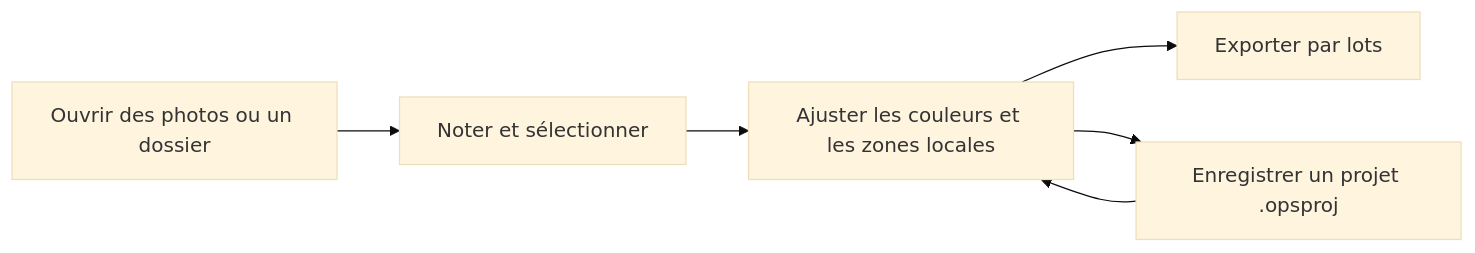
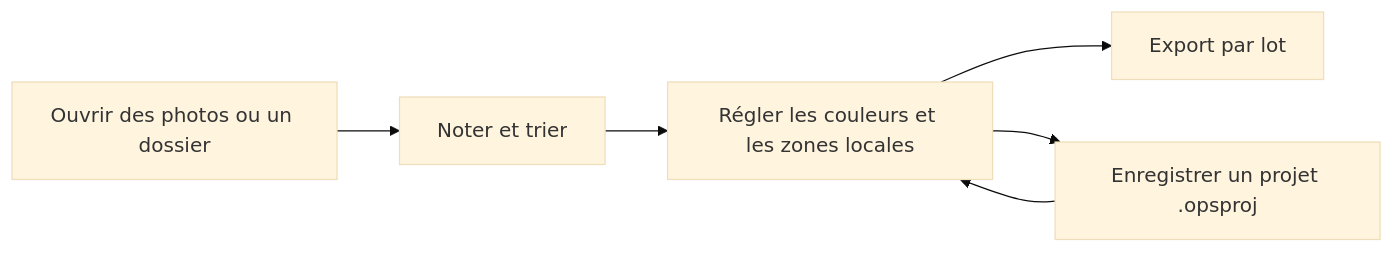
Before and after one commit to KpTanl/OpenPictureStudio: the diagram in README.fr.md, drawn with Mermaid (base theme). The commit also changed other lines of this file and 17 other files, not shown here.

````diff
--- a/README.fr.md
+++ b/README.fr.md
@@ -135,8 +140,8 @@
 ```mermaid
 flowchart LR
-    A[Ouvrir des photos ou un dossier] --> B[Noter et sélectionner]
-    B --> C[Ajuster les couleurs et les zones locales]
-    C --> D[Exporter par lots]
+    A[Ouvrir des photos ou un dossier] --> B[Noter et trier]
+    B --> C[Régler les couleurs et les zones locales]
+    C --> D[Export par lot]
     C --> E[Enregistrer un projet .opsproj]
     E --> C
 ```
````
